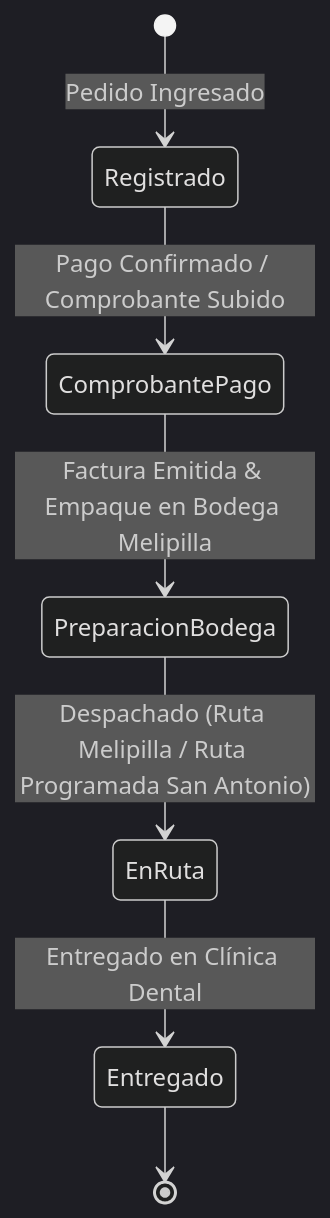
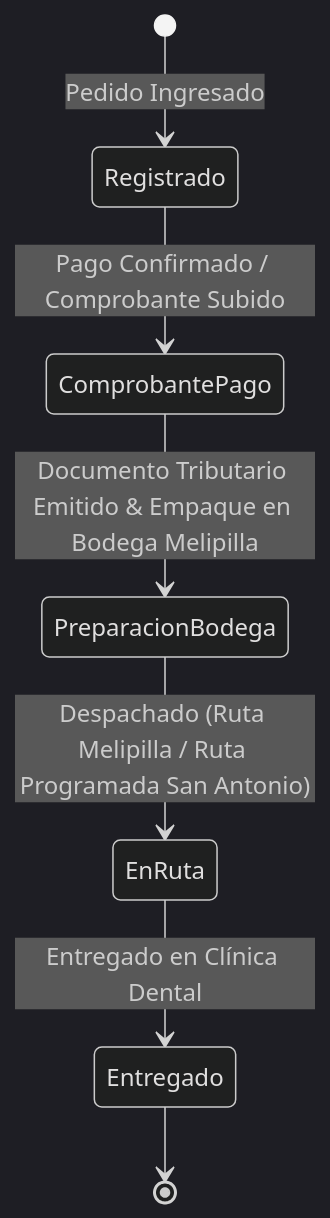
The second of 2 diagrams in src/components/AGENTS.md (carlosjosemm/pronto-insumos), drawn with Mermaid (dark theme) before and after one commit. The commit also changed other lines of this file and 15 other files, not shown here.

First line of the commit message:
docs(agents): audit all AGENTS.md to as-built standard + roadmap sweep

````diff
--- a/src/components/AGENTS.md
+++ b/src/components/AGENTS.md
@@ -284,9 +285,9 @@
 ```mermaid
 stateDiagram-v2
     [*] --> Registrado: Pedido Ingresado
     Registrado --> ComprobantePago: Pago Confirmado / Comprobante Subido
-    ComprobantePago --> PreparacionBodega: Factura Emitida & Empaque en Bodega Melipilla
+    ComprobantePago --> PreparacionBodega: Documento Tributario Emitido & Empaque en Bodega Melipilla
     PreparacionBodega --> EnRuta: Despachado (Ruta Melipilla / Ruta Programada San Antonio)
     EnRuta --> Entregado: Entregado en Clínica Dental
     Entregado --> [*]
 ```
````
